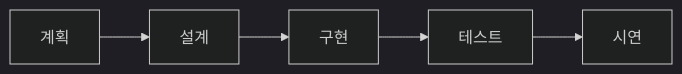
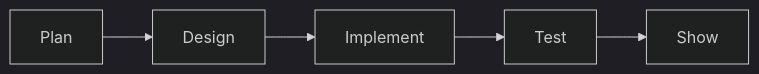
Before and after one commit to yeongseon-books/book-content: the diagram in content/computer-science-major-101/ko/07-project-subjects.md, drawn with Mermaid (dark theme). The commit also changed other lines of this file and 9 other files, not shown here.

````diff
--- a/content/computer-science-major-101/ko/07-project-subjects.md
+++ b/content/computer-science-major-101/ko/07-project-subjects.md
@@ -55,7 +50,7 @@
 ```mermaid
 flowchart LR
-    P[계획] --> D[설계]
-    D --> I[구현]
-    I --> T[테스트]
-    T --> S[시연]
+    P[Plan] --> D[Design]
+    D --> I[Implement]
+    I --> T[Test]
+    T --> S[Show]
 ```
````
